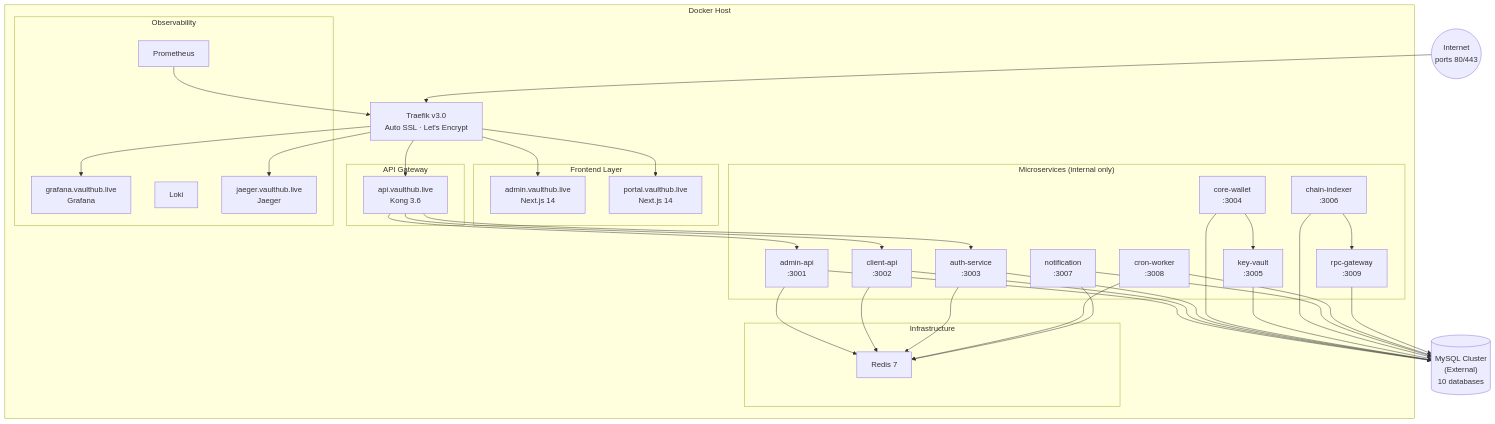
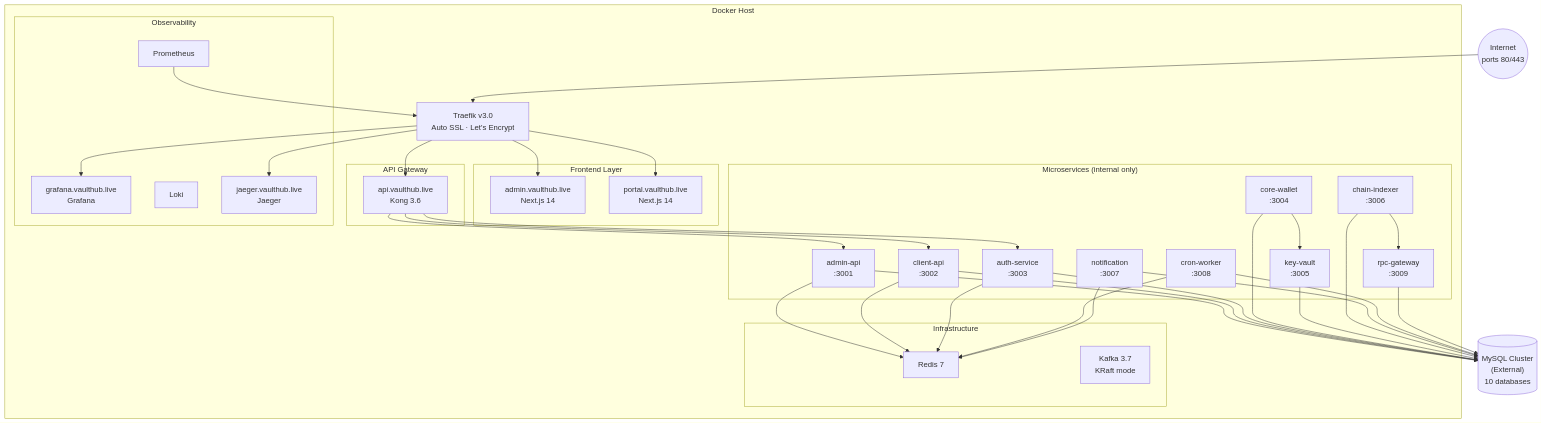
One commit to marcelosilva78/CryptoVaultHub changed the diagram in README.md. Above: the diagram before and after it, drawn with Mermaid. The commit also changed other lines of this file and 2 other files, not shown here.

````diff
--- a/README.md
+++ b/README.md
@@ -200,69 +257,70 @@
 ```mermaid
 graph TB
     Internet((Internet<br/>ports 80/443))
     
     subgraph Docker["Docker Host"]
         Traefik["Traefik v3.0<br/>Auto SSL · Let's Encrypt"]
         
         subgraph Frontend["Frontend Layer"]
             Admin["admin.vaulthub.live<br/>Next.js 14"]
             Portal["portal.vaulthub.live<br/>Next.js 14"]
         end
         
         subgraph Gateway["API Gateway"]
             Kong["api.vaulthub.live<br/>Kong 3.6"]
         end
         
         subgraph Services["Microservices (internal only)"]
             AdminAPI["admin-api<br/>:3001"]
             ClientAPI["client-api<br/>:3002"]
             Auth["auth-service<br/>:3003"]
             Wallet["core-wallet<br/>:3004"]
             KeyVault["key-vault<br/>:3005"]
             Indexer["chain-indexer<br/>:3006"]
             Notify["notification<br/>:3007"]
             CronWorker["cron-worker<br/>:3008"]
             RpcGw["rpc-gateway<br/>:3009"]
         end
         
         subgraph Infra["Infrastructure"]
             Redis["Redis 7"]
+            Kafka["Kafka 3.7<br/>KRaft mode"]
         end
         
         subgraph Monitoring["Observability"]
             Grafana["grafana.vaulthub.live<br/>Grafana"]
             Prometheus["Prometheus"]
             Loki["Loki"]
             Jaeger["jaeger.vaulthub.live<br/>Jaeger"]
         end
     end
     
     MySQL[("MySQL Cluster<br/>(External)<br/>10 databases")]
     
     Internet --> Traefik
     Traefik --> Admin
     Traefik --> Portal
     Traefik --> Kong
     Traefik --> Grafana
     Traefik --> Jaeger
     Kong --> AdminAPI
     Kong --> ClientAPI
     Kong --> Auth
     AdminAPI --> Redis
     ClientAPI --> Redis
     Auth --> Redis
     Wallet --> KeyVault
     Indexer --> RpcGw
     CronWorker --> Redis
     Notify --> Redis
     AdminAPI --> MySQL
     ClientAPI --> MySQL
     Auth --> MySQL
     Wallet --> MySQL
     KeyVault --> MySQL
     Indexer --> MySQL
     Notify --> MySQL
     CronWorker --> MySQL
     RpcGw --> MySQL
     Prometheus --> Traefik
 ```
````
